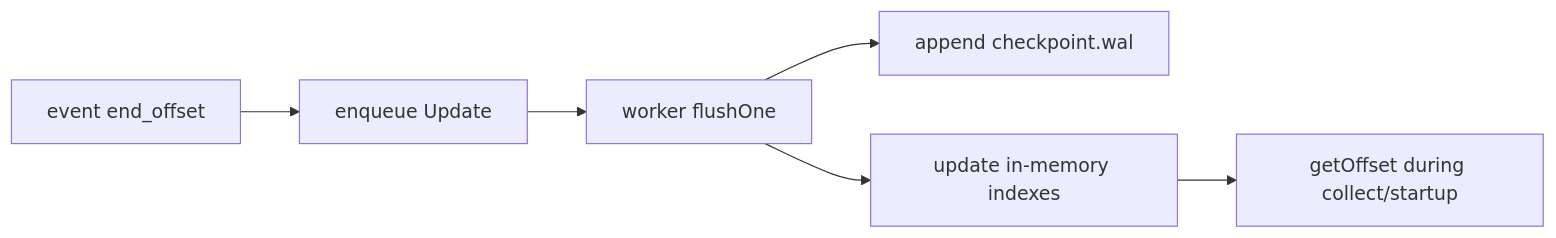
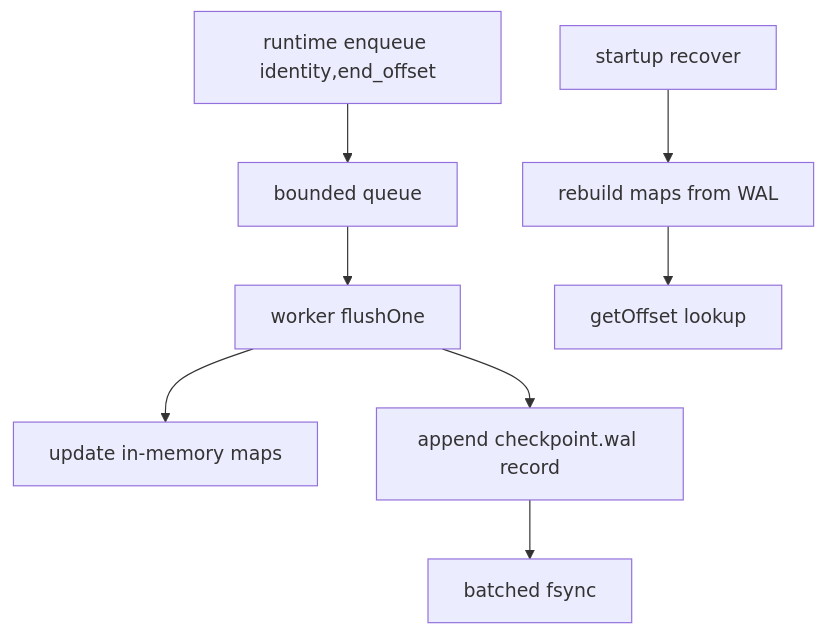
Before and after one commit to usetero/edge: the eighth of 9 diagrams in src/tail/README.md, drawn with Mermaid. The commit also changed other lines of this file and 19 other files, not shown here.

````diff
--- a/src/tail/README.md
+++ b/src/tail/README.md
@@ -135,8 +186,10 @@
 ```mermaid
-flowchart LR
-  A[event end_offset] --> B[enqueue Update]
+flowchart TD
+  A[runtime enqueue identity,end_offset] --> B[bounded queue]
   B --> C[worker flushOne]
-  C --> D[append checkpoint.wal]
-  C --> E[update in-memory indexes]
-  E --> F[getOffset during collect/startup]
+  C --> D[update in-memory maps]
+  C --> E[append checkpoint.wal record]
+  E --> F[batched fsync]
+  G[startup recover] --> H[rebuild maps from WAL]
+  H --> I[getOffset lookup]
 ```
````
